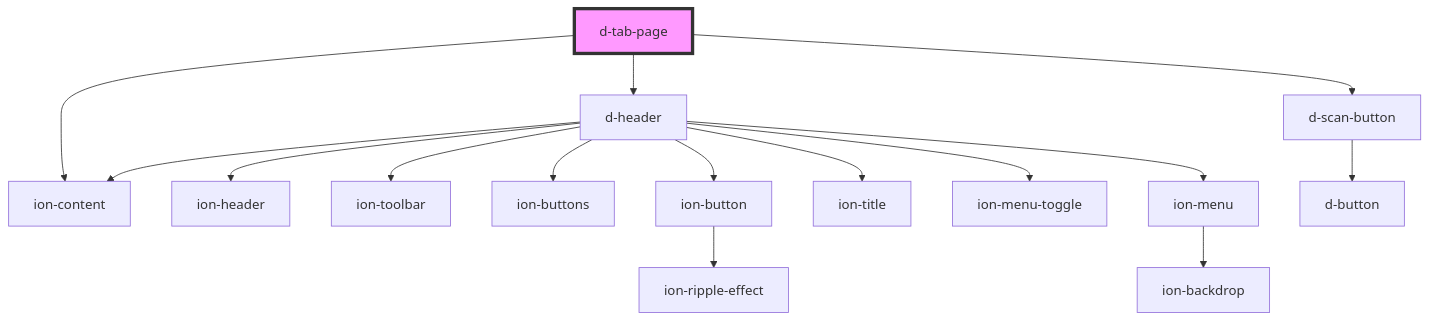
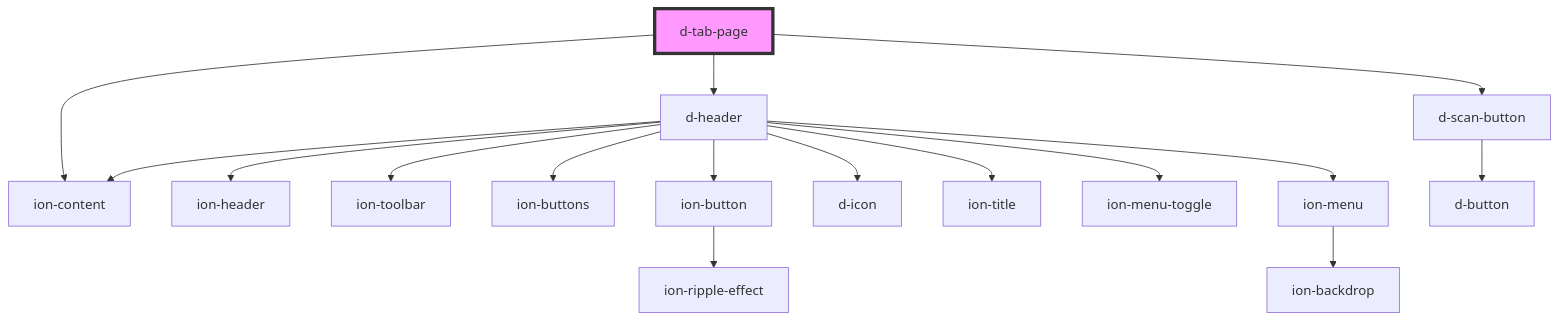
The diagram in src/components/tab-page/readme.md (ForkbombEu/didroom-components), drawn with Mermaid before and after one commit. The commit also changed 12 other files, not shown here.

````diff
--- a/src/components/tab-page/readme.md
+++ b/src/components/tab-page/readme.md
@@ -28,18 +28,19 @@
 ```mermaid
 graph TD;
   d-tab-page --> d-header
   d-tab-page --> ion-content
   d-tab-page --> d-scan-button
   d-header --> ion-header
   d-header --> ion-toolbar
   d-header --> ion-buttons
   d-header --> ion-button
+  d-header --> d-icon
   d-header --> ion-title
   d-header --> ion-menu-toggle
   d-header --> ion-menu
   d-header --> ion-content
   ion-button --> ion-ripple-effect
   ion-menu --> ion-backdrop
   d-scan-button --> d-button
   style d-tab-page fill:#f9f,stroke:#333,stroke-width:4px
 ```
````
